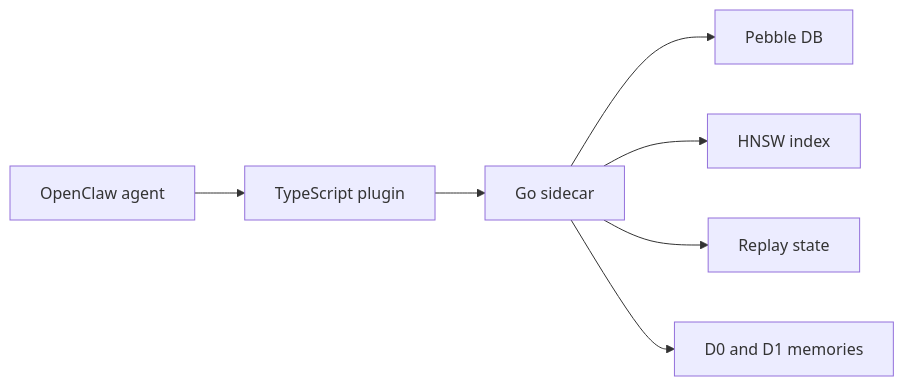
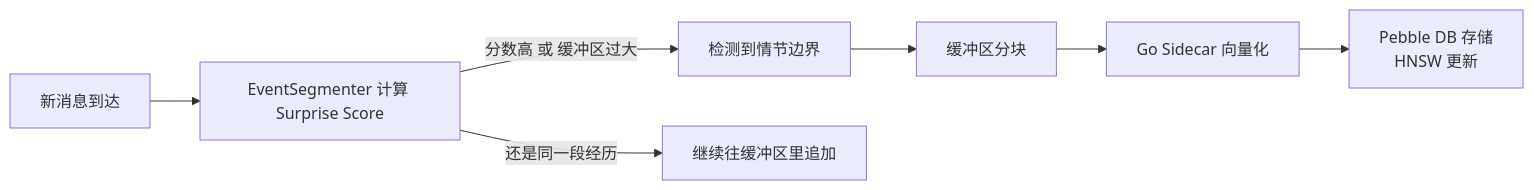
The second of 2 diagrams in README.zh.md (YoshiaKefasu/episodic-claw), drawn with Mermaid before and after one commit. The commit also changed other lines of this file and 17 other files, not shown here.

````diff
--- a/README.zh.md
+++ b/README.zh.md
@@ -58,9 +75,9 @@
 ```mermaid
 flowchart LR
-    A["OpenClaw agent"] --> B["TypeScript plugin"]
-    B --> C["Go sidecar"]
-    C --> D["Pebble DB"]
-    C --> E["HNSW index"]
-    C --> F["Replay state"]
-    C --> G["D0 and D1 memories"]
+    A[新消息到达] --> B[EventSegmenter 计算 Surprise Score]
+    B -->|分数高 或 缓冲区过大| C[检测到情节边界]
+    C --> D[缓冲区分块]
+    D --> E[Go Sidecar 向量化]
+    E --> F[Pebble DB 存储\nHNSW 更新]
+    B -->|还是同一段经历| G[继续往缓冲区里追加]
 ```
````
